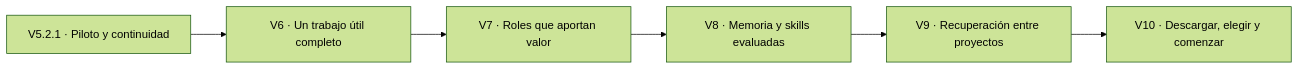
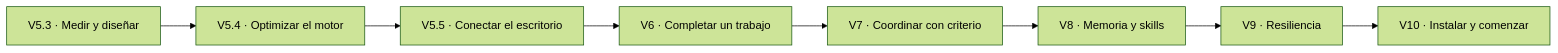
One commit to ymkaddur/neural-office changed the diagram in ROADMAP.md. Above: the diagram before and after it, drawn with Mermaid (forest theme). The commit also changed other lines of this file and 36 other files, not shown here.

````diff
--- a/ROADMAP.md
+++ b/ROADMAP.md
@@ -5,8 +5,10 @@
 ```mermaid
 flowchart LR
-    A["V5.2.1 · Piloto y continuidad"] --> B["V6 · Un trabajo útil completo"]
-    B --> C["V7 · Roles que aportan valor"]
-    C --> D["V8 · Memoria y skills evaluadas"]
-    D --> E["V9 · Recuperación entre proyectos"]
-    E --> F["V10 · Descargar, elegir y comenzar"]
+    A["V5.3 · Medir y diseñar"] --> B["V5.4 · Optimizar el motor"]
+    B --> C["V5.5 · Conectar el escritorio"]
+    C --> D["V6 · Completar un trabajo"]
+    D --> E["V7 · Coordinar con criterio"]
+    E --> F["V8 · Memoria y skills"]
+    F --> G["V9 · Resiliencia"]
+    G --> H["V10 · Instalar y comenzar"]
 ```
````
